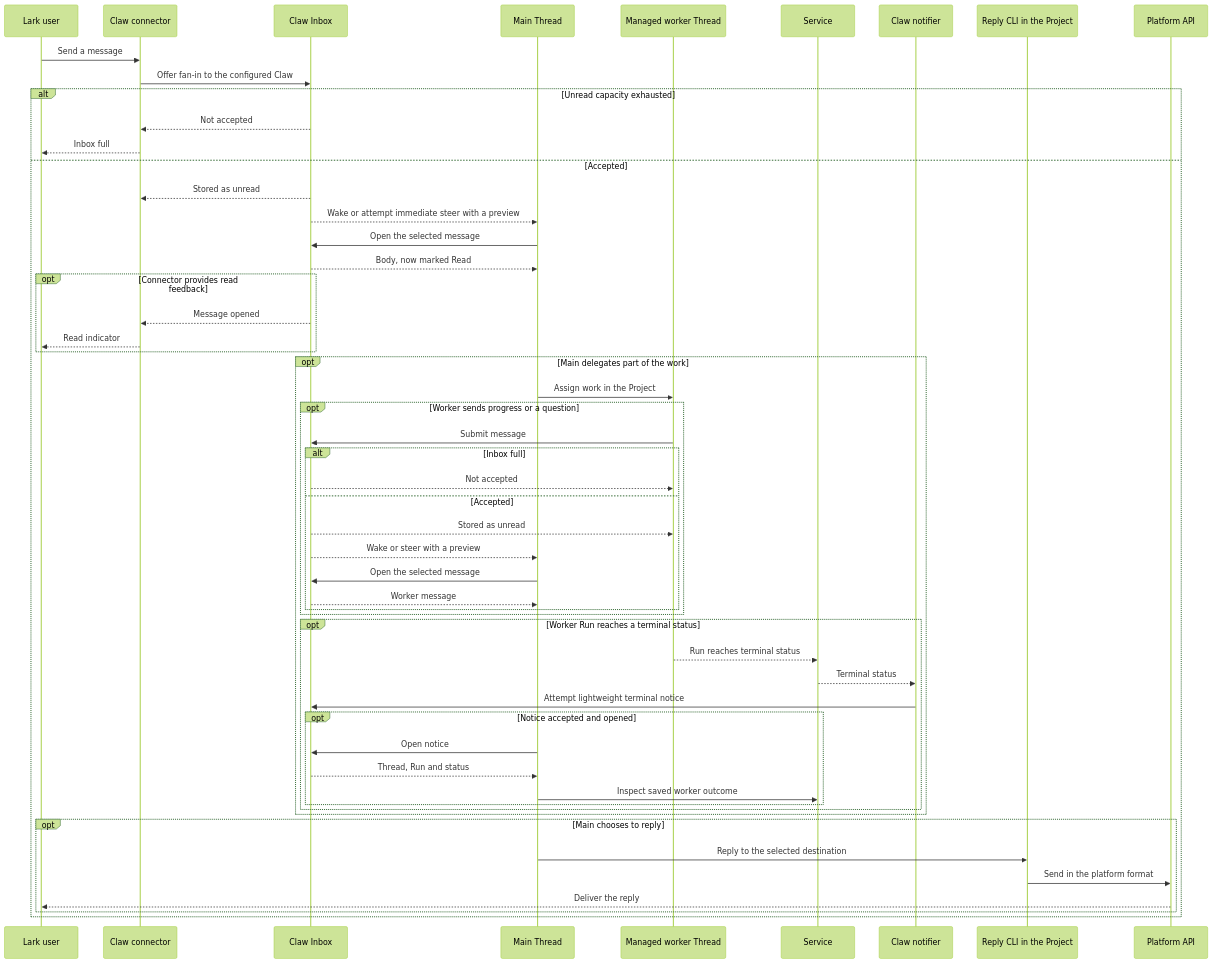
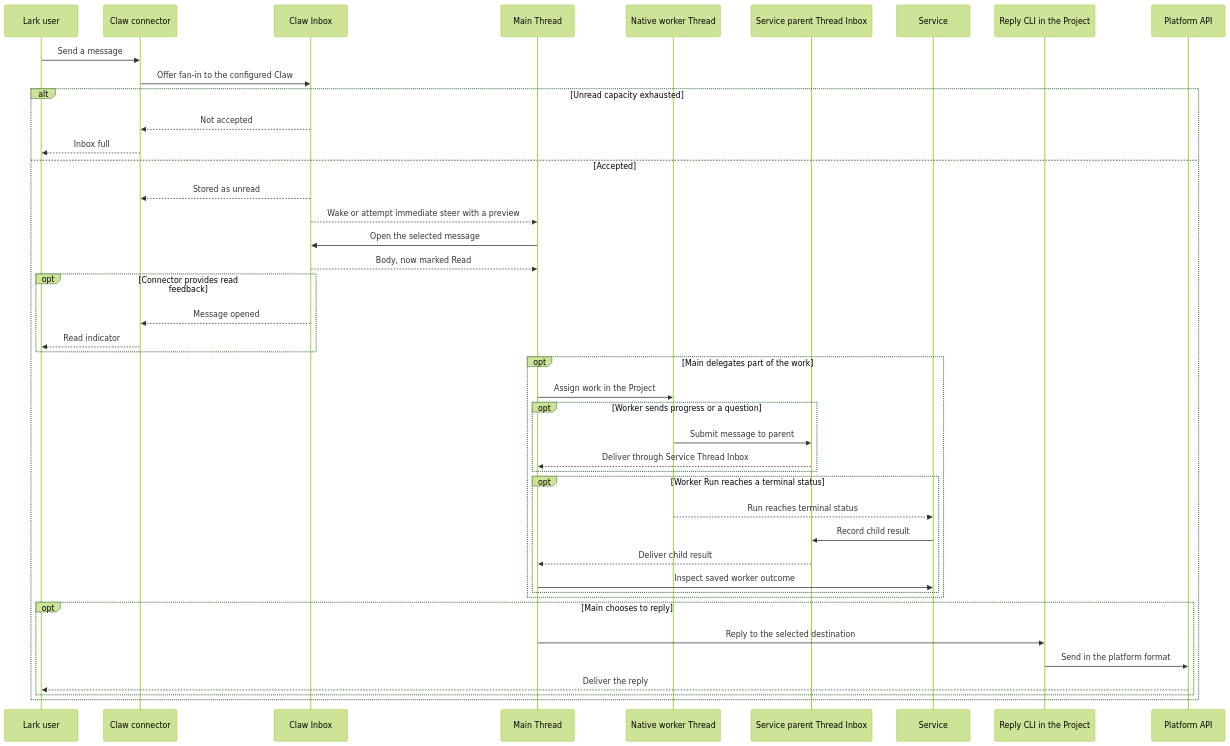
The second of 2 diagrams in spec/00-overview.md (Wh1isper/a13n-claw), drawn with Mermaid (forest theme) before and after one commit. The commit also changed other lines of this file and 77 other files, not shown here.

First line of the commit message:
feat(claw)!: delegate to native workers and secure connector replies (#64)

````diff
--- a/spec/00-overview.md
+++ b/spec/00-overview.md
@@ -69,56 +67,45 @@
 ```mermaid
 sequenceDiagram
     participant U as Lark user
     participant C as Claw connector
     participant I as Claw Inbox
     participant M as Main Thread
-    participant W as Managed worker Thread
+    participant W as Native worker Thread
+    participant T as Service parent Thread Inbox
     participant S as Service
-    participant N as Claw notifier
     participant X as Reply CLI in the Project
     participant P as Platform API
     U->>C: Send a message
     C->>I: Offer fan-in to the configured Claw
     alt Unread capacity exhausted
         I-->>C: Not accepted
         C-->>U: Inbox full
     else Accepted
         I-->>C: Stored as unread
         I-->>M: Wake or attempt immediate steer with a preview
         M->>I: Open the selected message
         I-->>M: Body, now marked Read
         opt Connector provides read feedback
             I-->>C: Message opened
             C-->>U: Read indicator
         end
         opt Main delegates part of the work
             M->>W: Assign work in the Project
             opt Worker sends progress or a question
-                W->>I: Submit message
-                alt Inbox full
-                    I-->>W: Not accepted
-                else Accepted
-                    I-->>W: Stored as unread
-                    I-->>M: Wake or steer with a preview
-                    M->>I: Open the selected message
-                    I-->>M: Worker message
-                end
+                W->>T: Submit message to parent
+                T-->>M: Deliver through Service Thread Inbox
             end
             opt Worker Run reaches a terminal status
                 W-->>S: Run reaches terminal status
-                S-->>N: Terminal status
-                N->>I: Attempt lightweight terminal notice
-                opt Notice accepted and opened
-                    M->>I: Open notice
-                    I-->>M: Thread, Run and status
-                    M->>S: Inspect saved worker outcome
-                end
+                S->>T: Record child result
+                T-->>M: Deliver child result
+                M->>S: Inspect saved worker outcome
             end
         end
         opt Main chooses to reply
             M->>X: Reply to the selected destination
             X->>P: Send in the platform format
             P-->>U: Deliver the reply
         end
     end
 ```
````
